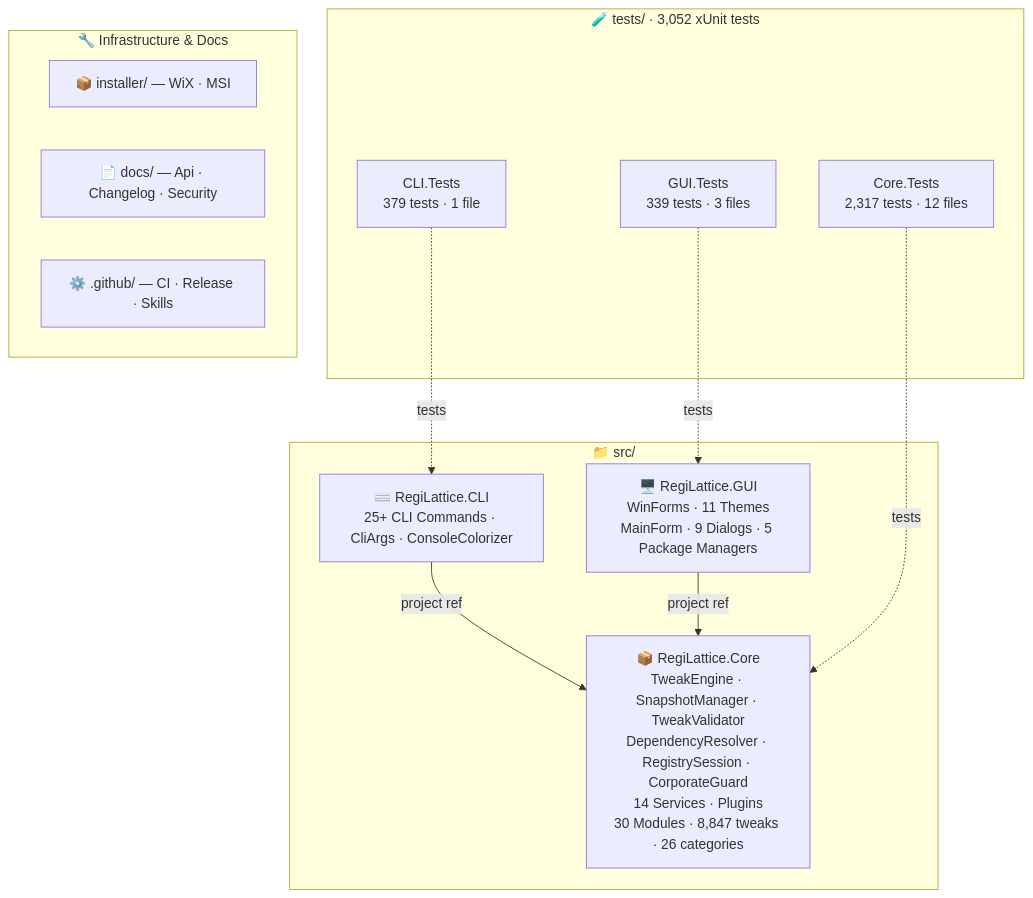
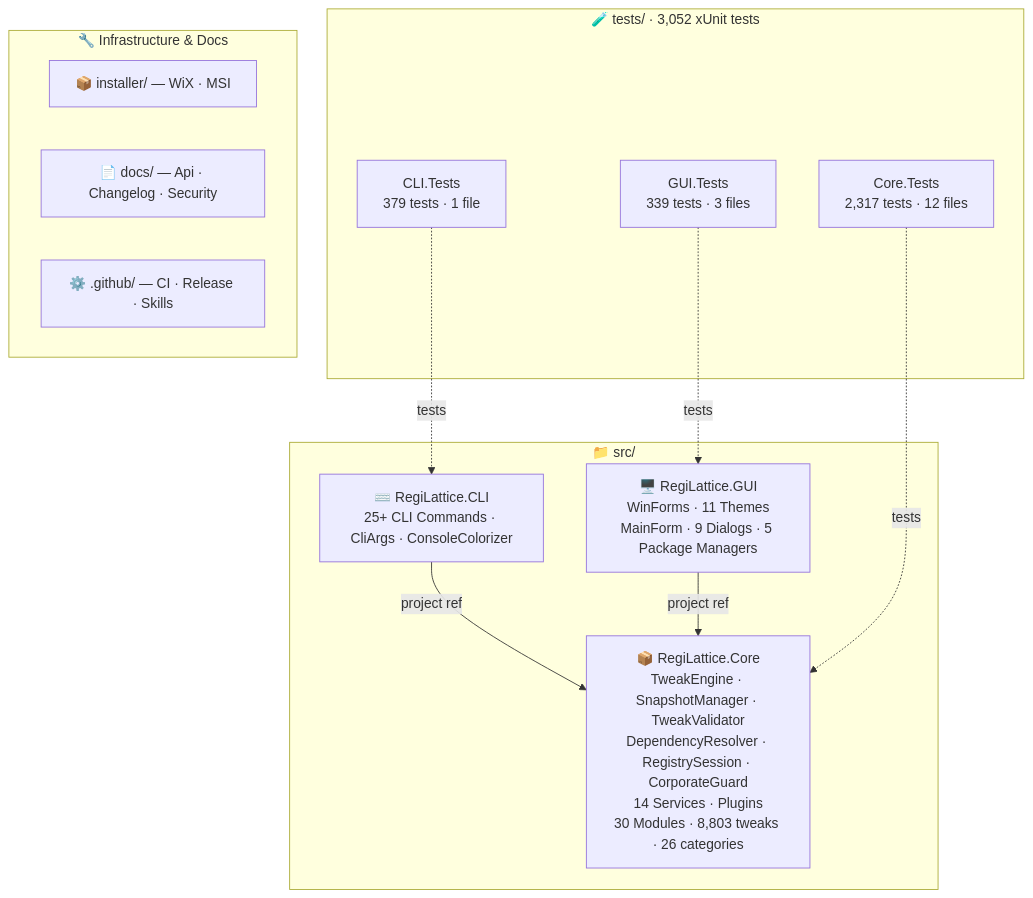
The second of 2 diagrams in README.md (RajwanYair/RegiLattice), drawn with Mermaid before and after one commit. The commit also changed other lines of this file and 16 other files, not shown here.

````diff
--- a/README.md
+++ b/README.md
@@ -255,26 +255,26 @@
 ```mermaid
 graph TD
     subgraph SRC["📁 src/"]
-        CORE["📦 RegiLattice.Core<br/>TweakEngine · SnapshotManager · TweakValidator<br/>DependencyResolver · RegistrySession · CorporateGuard<br/>14 Services · Plugins<br/>30 Modules · 8,847 tweaks · 26 categories"]
+        CORE["📦 RegiLattice.Core<br/>TweakEngine · SnapshotManager · TweakValidator<br/>DependencyResolver · RegistrySession · CorporateGuard<br/>14 Services · Plugins<br/>30 Modules · 8,803 tweaks · 26 categories"]
         GUI["🖥️ RegiLattice.GUI<br/>WinForms · 11 Themes<br/>MainForm · 9 Dialogs · 5 Package Managers"]
         CLI["⌨️ RegiLattice.CLI<br/>25+ CLI Commands · CliArgs · ConsoleColorizer"]
     end
 
     subgraph TST["🧪 tests/  ·  3,052 xUnit tests"]
         CT["Core.Tests<br/>2,317 tests · 12 files"]
         CLT["CLI.Tests<br/>379 tests · 1 file"]
         GT["GUI.Tests<br/>339 tests · 3 files"]
     end
 
     subgraph INFRA["🔧 Infrastructure & Docs"]
         INST["📦 installer/ — WiX · MSI"]
         DOCS["📄 docs/ — Api · Changelog · Security"]
         GH["⚙️ .github/ — CI · Release · Skills"]
     end
 
     CLI -->|project ref| CORE
     GUI -->|project ref| CORE
     CT -.->|tests| CORE
     CLT -.->|tests| CLI
     GT -.->|tests| GUI
 ```
````
